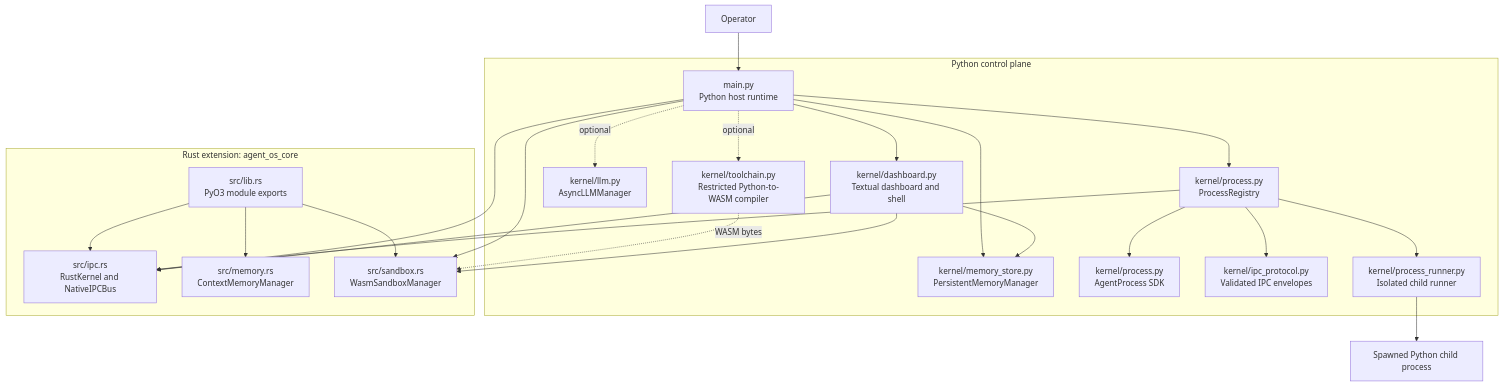
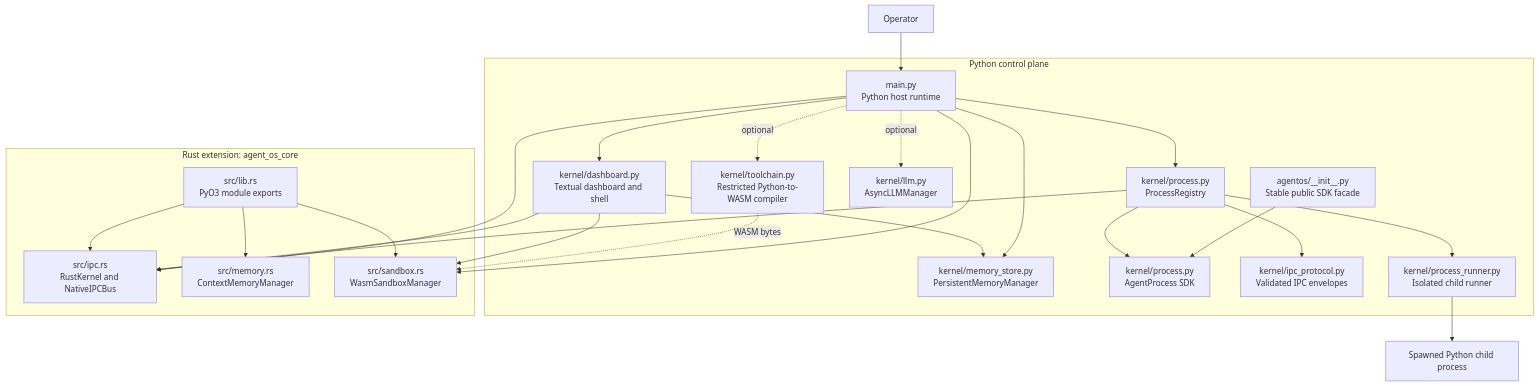
The first of 13 diagrams in docs/architecture.md (ElarizT/AgentOS), drawn with Mermaid before and after one commit. The commit also changed other lines of this file and 19 other files, not shown here.

Commit message:
Add Agent OS SDK v1

````diff
--- a/docs/architecture.md
+++ b/docs/architecture.md
@@ -15,34 +15,35 @@
 ```mermaid
 flowchart TD
     OP["Operator"] --> APP["main.py<br/>Python host runtime"]
 
     subgraph Python["Python control plane"]
         APP --> DASH["kernel/dashboard.py<br/>Textual dashboard and shell"]
         APP --> REG["kernel/process.py<br/>ProcessRegistry"]
         APP --> PMEM["kernel/memory_store.py<br/>PersistentMemoryManager"]
-        REG --> SDK["kernel/process.py<br/>AgentProcess SDK"]
+        SDK["agentos/__init__.py<br/>Stable public SDK facade"] --> ASDK["kernel/process.py<br/>AgentProcess SDK"]
+        REG --> ASDK
         REG --> PROTO["kernel/ipc_protocol.py<br/>Validated IPC envelopes"]
         REG --> RUNNER["kernel/process_runner.py<br/>Isolated child runner"]
         APP -. optional .-> LLM["kernel/llm.py<br/>AsyncLLMManager"]
         APP -. optional .-> TOOL["kernel/toolchain.py<br/>Restricted Python-to-WASM compiler"]
     end
 
     subgraph Rust["Rust extension: agent_os_core"]
         LIB["src/lib.rs<br/>PyO3 module exports"]
         IPC["src/ipc.rs<br/>RustKernel and NativeIPCBus"]
         RMEM["src/memory.rs<br/>ContextMemoryManager"]
         WASM["src/sandbox.rs<br/>WasmSandboxManager"]
         LIB --> IPC
         LIB --> RMEM
         LIB --> WASM
     end
 
     APP --> IPC
     APP --> WASM
     TOOL -. WASM bytes .-> WASM
     REG --> IPC
     DASH --> IPC
     DASH --> PMEM
     DASH --> WASM
     RUNNER --> CHILD["Spawned Python child process"]
 ```
````
